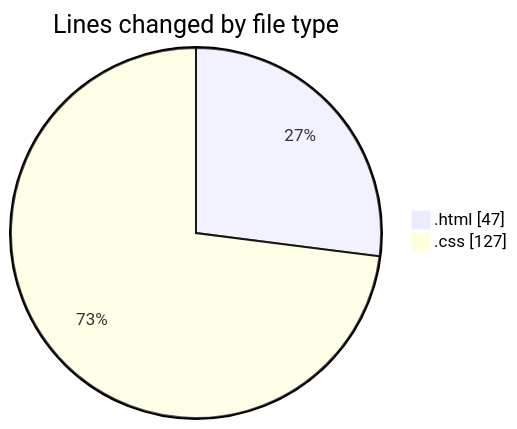
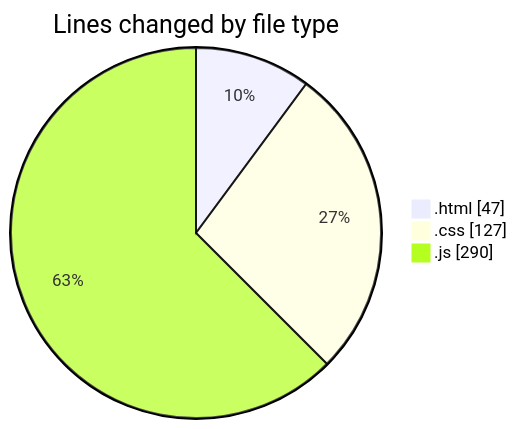
Before and after one commit to Ritupan-Deka/code-tracking: the first of 2 diagrams in 2025-05-03/projects/README.md, drawn with Mermaid. The commit also changed other lines of this file and 1 other file, not shown here.

````diff
--- a/2025-05-03/projects/README.md
+++ b/2025-05-03/projects/README.md
@@ -21,6 +22,7 @@
 ```mermaid
 pie showData
 title Lines changed by file type
 ".html" : 47
 ".css" : 127
+".js" : 290
 ```
````
